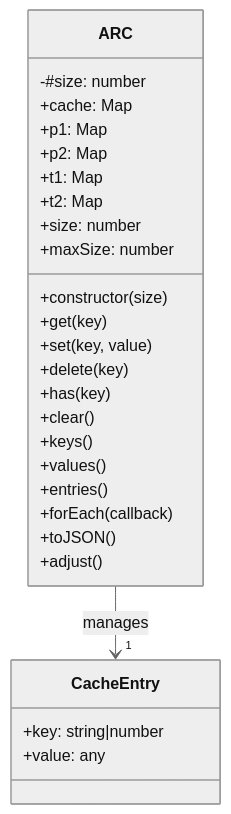
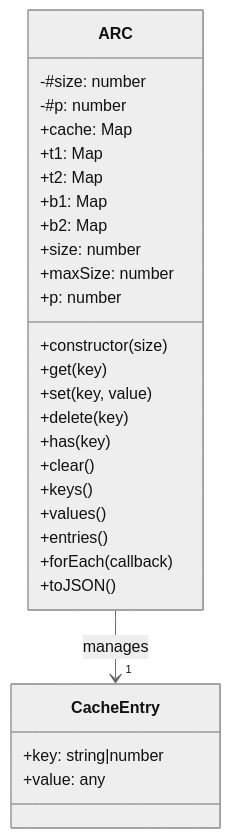
The first of 4 diagrams in docs/ARCHITECTURE.md (avoidwork/adaptive-replacement-cache), drawn with Mermaid (neutral theme) before and after one commit. The commit also changed other lines of this file, not shown here.

Commit message:
docs: fix architecture documentation to match actual ARC implementation

````diff
--- a/docs/ARCHITECTURE.md
+++ b/docs/ARCHITECTURE.md
@@ -11,32 +11,33 @@
 ```mermaid
 classDiagram
     class ARC {
         -#size: number
+        -#p: number
         +cache: Map
-        +p1: Map
-        +p2: Map
         +t1: Map
         +t2: Map
+        +b1: Map
+        +b2: Map
         +constructor(size)
         +get(key)
         +set(key, value)
         +delete(key)
         +has(key)
         +clear()
         +size: number
         +maxSize: number
+        +p: number
         +keys()
         +values()
         +entries()
         +forEach(callback)
         +toJSON()
-        +adjust()
     }
 
     class CacheEntry {
         +key: string|number
         +value: any
     }
 
     ARC --> "1" CacheEntry : manages
 ```
````
